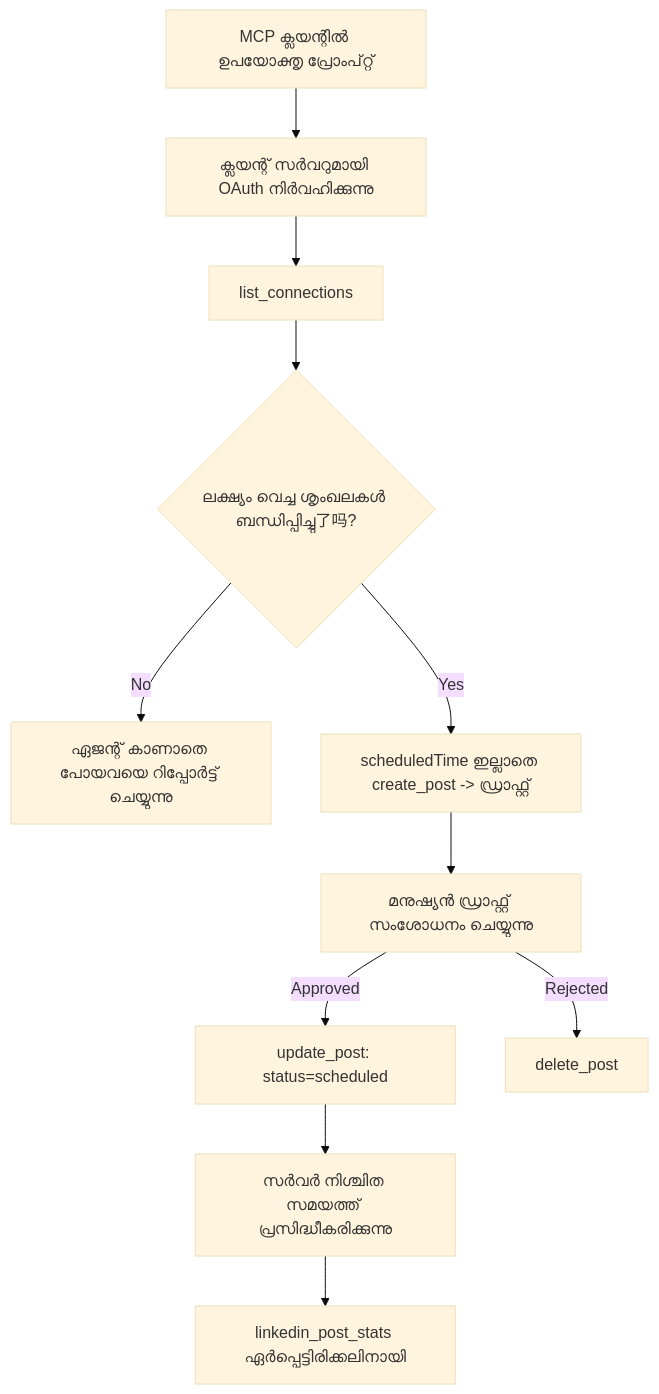
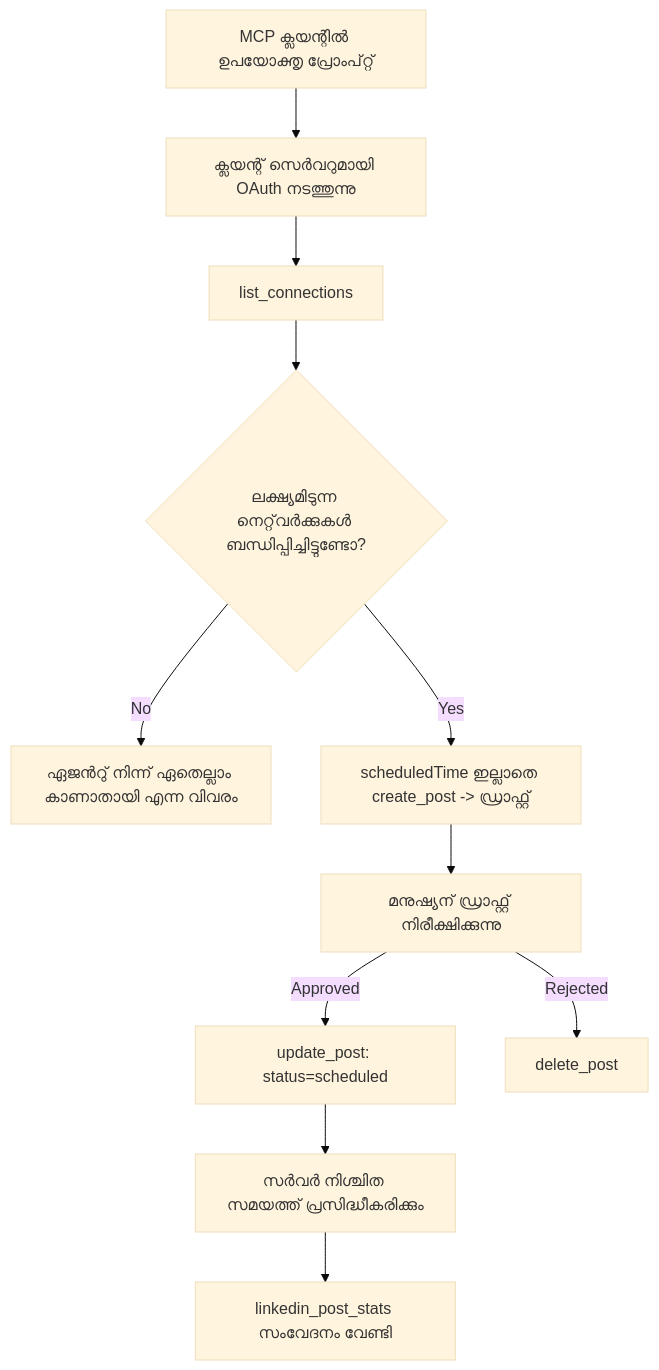
Before and after one commit to microsoft/mcp-for-beginners: the diagram in translations/ml/09-CaseStudy/publora-social-publishing.md, drawn with Mermaid (base theme). The commit also changed other lines of this file and 112 other files, not shown here.

````diff
--- a/translations/ml/09-CaseStudy/publora-social-publishing.md
+++ b/translations/ml/09-CaseStudy/publora-social-publishing.md
@@ -47,13 +47,13 @@
 ```mermaid
 flowchart TD
-    A[MCP ക്ലയന്റിൽ ഉപയോക്തൃ പ്രോംപ്റ്റ്] --> B[ക്ലയന്റ് സർവറുമായി OAuth നിർവഹിക്കുന്നു]
+    A[MCP ക്ലയന്റില്‍ ഉപയോക്തൃ പ്രോംപ്റ്റ്] --> B[ക്ലയന്റ് സെര്‍വറുമായി OAuth നടത്തുന്നു]
     B --> C[list_connections]
-    C --> D{ലക്ഷ്യം വെച്ച ശൃംഖലകൾ ബന്ധിപ്പിച്ചു了吗?}
-    D -- No --> E[ഏജന്റ് കാണാതെ പോയവയെ റിപ്പോർട്ട് ചെയ്യുന്നു]
+    C --> D{ലക്ഷ്യമിടുന്ന നെറ്റ്‌വര്‍ക്കുകള്‍ ബന്ധിപ്പിച്ചിട്ടുണ്ടോ?}
+    D -- No --> E[ഏജന്‍റു് നിന്ന് ഏതെല്ലാം കാണാതായി എന്ന വിവരം]
     D -- Yes --> F[scheduledTime ഇല്ലാതെ create_post -> ഡ്രാഫ്റ്റ്]
-    F --> G[മനുഷ്യൻ ഡ്രാഫ്റ്റ് സംശോധനം ചെയ്യുന്നു]
+    F --> G[മനുഷ്യന് ഡ്രാഫ്റ്റ് നിരീക്ഷിക്കുന്നു]
     G -- Approved --> H[update_post: status=scheduled]
     G -- Rejected --> I[delete_post]
-    H --> J[സർവർ നിശ്ചിത സമയത്ത് പ്രസിദ്ധീകരിക്കുന്നു]
-    J --> K[linkedin_post_stats ഏർപ്പെട്ടിരിക്കലിനായി]
+    H --> J[സര്‍വര്‍ നിശ്ചിത സമയത്ത് പ്രസിദ്ധീകരിക്കും]
+    J --> K[linkedin_post_stats സംവേദനം വേണ്ടി]
 ```
````
